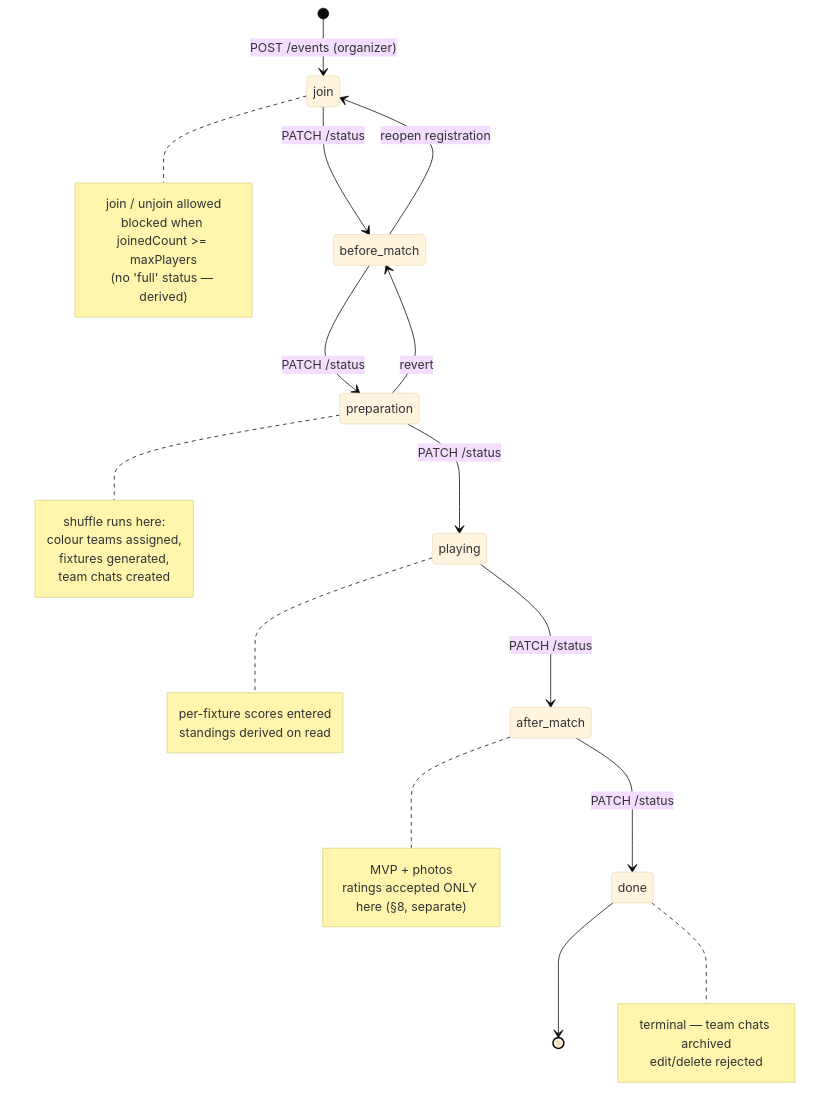
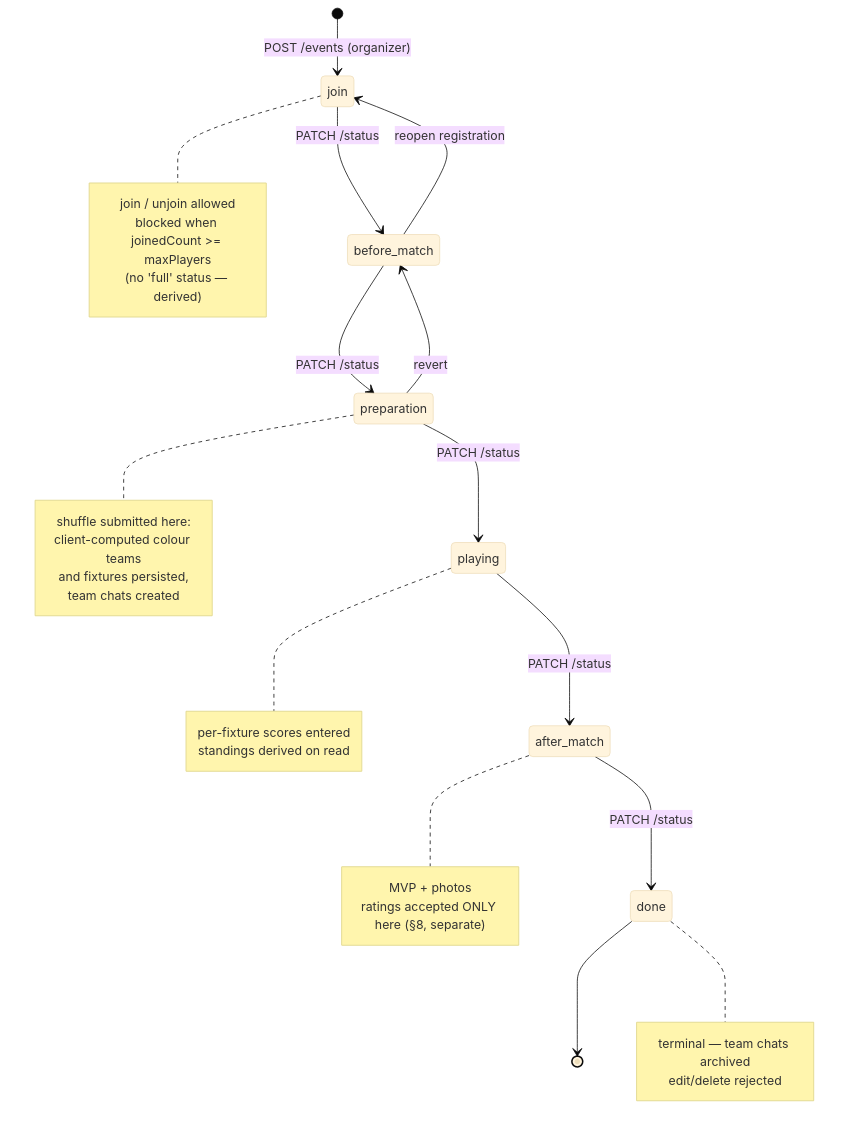
The diagram in docs/superpowers/diagrams/events-5-1-event-lifecycle-states.mmd (heinlinaung/kickr_backend), drawn with Mermaid (base theme) before and after one commit. The commit also changed 3 other files, not shown here.

First line of the commit message:
Events spec: move shuffle to the client, API persists only

```diff
--- a/docs/superpowers/diagrams/events-5-1-event-lifecycle-states.mmd
+++ b/docs/superpowers/diagrams/events-5-1-event-lifecycle-states.mmd
@@ -1,42 +1,42 @@
 %% 5.1 Full event lifecycle — state machine
 %% Source of truth for this diagram. Rendered from ../specs/2026-08-03-events-feature-spec.md §5.1
 %% Edit here, not in the spec — the spec links to this file.
 stateDiagram-v2
     [*] --> join: POST /events (organizer)
 
     join --> before_match: PATCH /status
     before_match --> join: reopen registration
     before_match --> preparation: PATCH /status
     preparation --> before_match: revert
     preparation --> playing: PATCH /status
     playing --> after_match: PATCH /status
     after_match --> done: PATCH /status
     done --> [*]
 
     note right of join
         join / unjoin allowed
         blocked when joinedCount >= maxPlayers
         (no 'full' status — derived)
     end note
 
     note right of preparation
-        shuffle runs here:
-        colour teams assigned,
-        fixtures generated,
+        shuffle submitted here:
+        client-computed colour teams
+        and fixtures persisted,
         team chats created
     end note
 
     note right of playing
         per-fixture scores entered
         standings derived on read
     end note
 
     note right of after_match
         MVP + photos
         ratings accepted ONLY here (§8, separate)
     end note
 
     note right of done
         terminal — team chats archived
         edit/delete rejected
     end note
```
